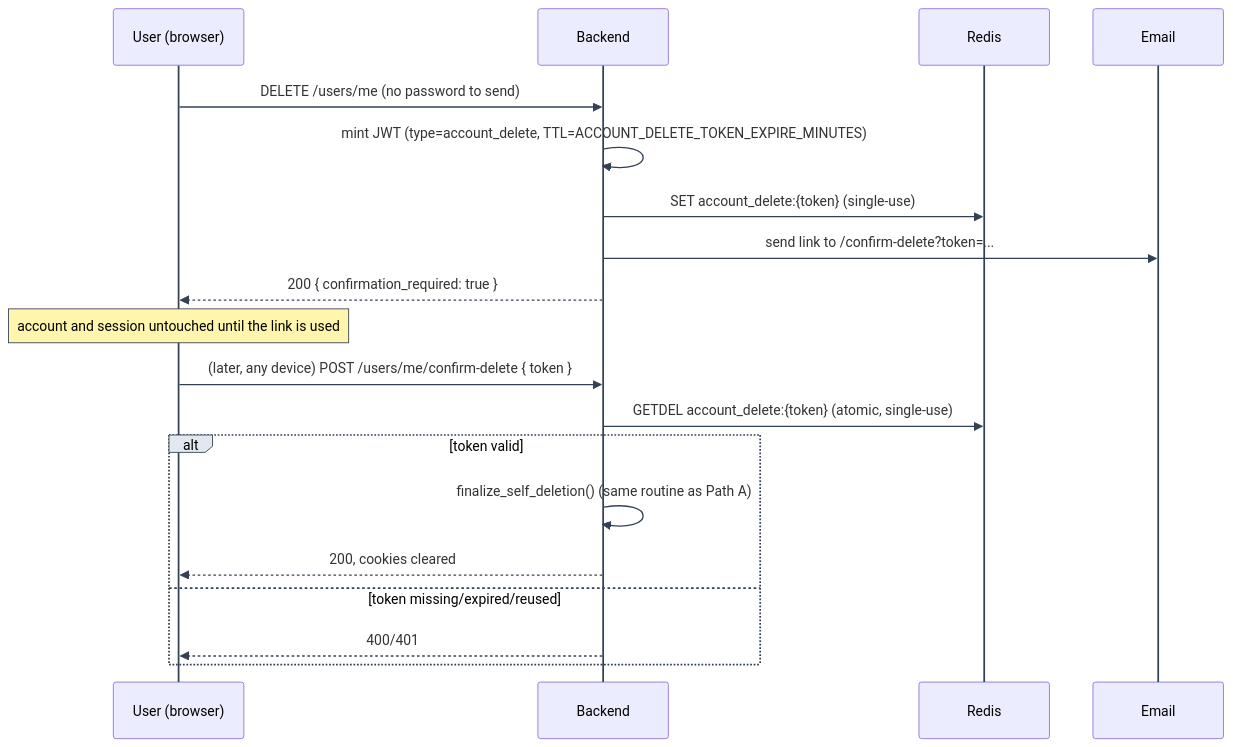
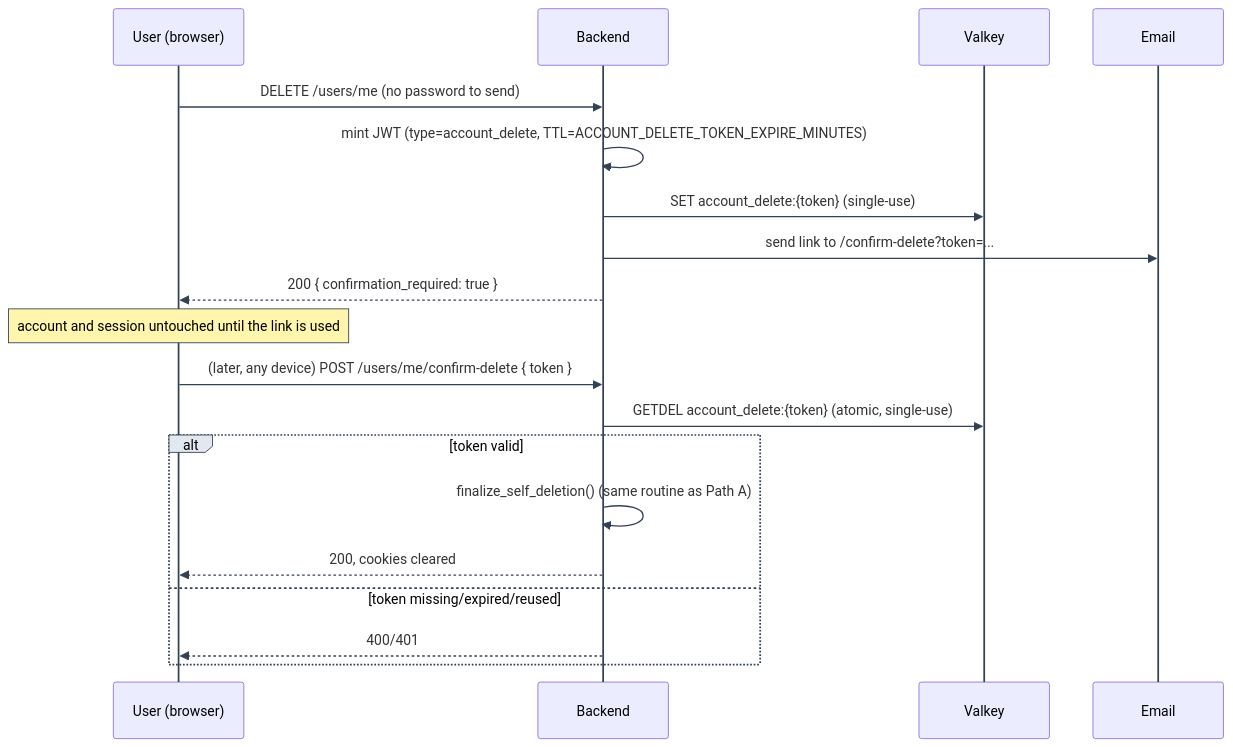
Before and after one commit to Nachiket-2024/mystic-auth-docs: the second of 2 diagrams in docs/mystic_auth/authentication/account-deletion/self-service.md, drawn with Mermaid. The commit also changed other lines of this file and 137 other files, not shown here.

````diff
--- a/docs/mystic_auth/authentication/account-deletion/self-service.md
+++ b/docs/mystic_auth/authentication/account-deletion/self-service.md
@@ -65,22 +65,22 @@
 ```mermaid
 %%{init: {"themeVariables": {"lineColor": "#334155", "signalColor": "#334155", "actorLineColor": "#334155", "activationBorderColor": "#334155", "labelBoxBorderColor": "#334155", "labelBoxBkgColor": "#e2e8f0", "noteBorderColor": "#334155"}, "themeCSS": ".messageLine0, .messageLine1 { stroke-width: 2px !important; }"} }%%
 sequenceDiagram
     participant U as User (browser)
     participant API as Backend
-    participant R as Redis
+    participant R as Valkey
     participant E as Email
     U->>API: DELETE /users/me (no password to send)
     API->>API: mint JWT (type=account_delete, TTL=ACCOUNT_DELETE_TOKEN_EXPIRE_MINUTES)
     API->>R: SET account_delete:{token} (single-use)
     API->>E: send link to /confirm-delete?token=...
     API-->>U: 200 { confirmation_required: true }
     Note over U: account and session untouched until the link is used
     U->>API: (later, any device) POST /users/me/confirm-delete { token }
     API->>R: GETDEL account_delete:{token} (atomic, single-use)
     alt token valid
         API->>API: finalize_self_deletion() (same routine as Path A)
         API-->>U: 200, cookies cleared
     else token missing/expired/reused
         API-->>U: 400/401
     end
 ```
````
